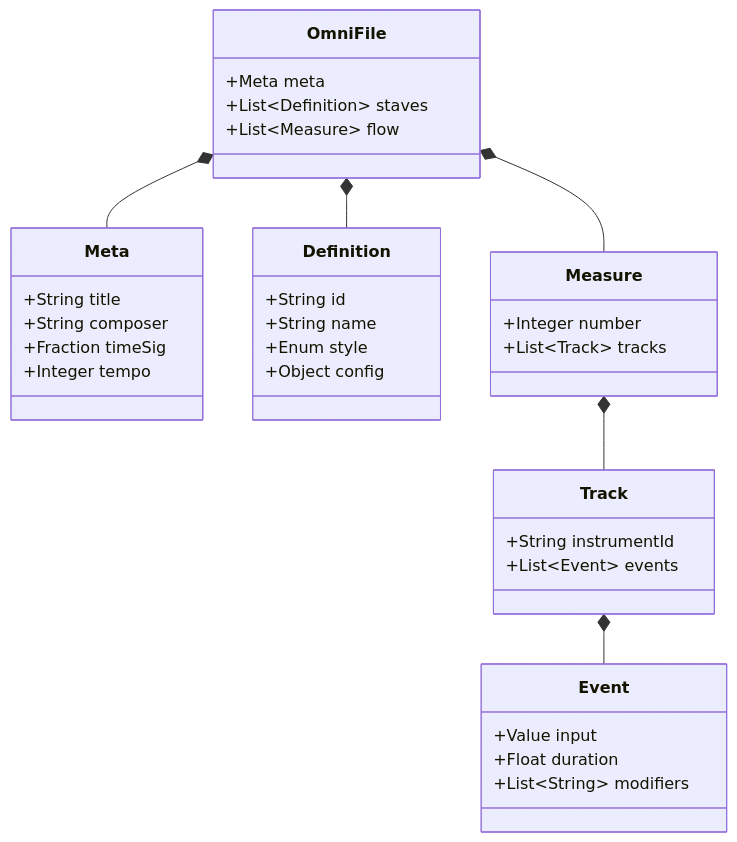
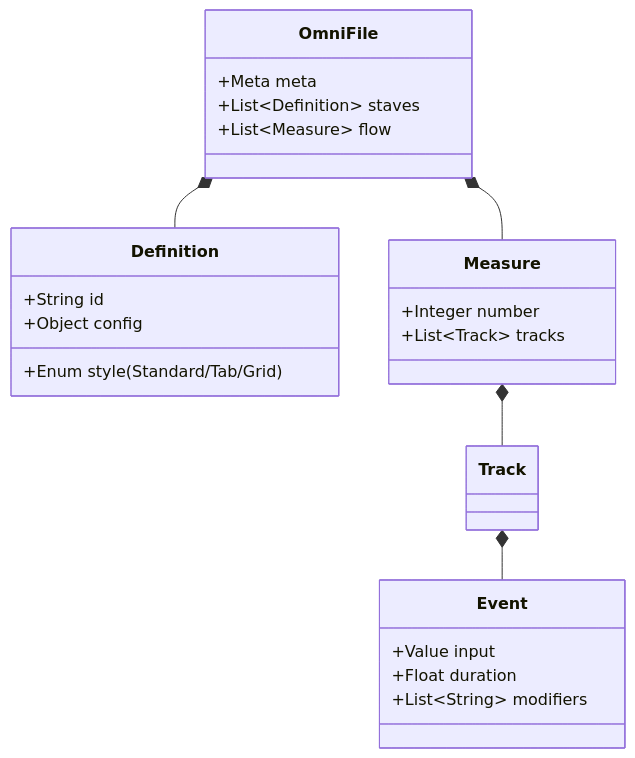
One commit to alec-borman/OmniScoreNotationLanguage changed the first of 4 diagrams in Readme.md. Above: the diagram before and after it, drawn with Mermaid. The commit also changed other lines of this file, not shown here.

````diff
--- a/Readme.md
+++ b/Readme.md
@@ -386,44 +22,30 @@
 ```mermaid
 classDiagram
     class OmniFile {
         +Meta meta
         +List~Definition~ staves
         +List~Measure~ flow
     }
 
-    class Meta {
-        +String title
-        +String composer
-        +Fraction timeSig
-        +Integer tempo
-    }
-
     class Definition {
         +String id
-        +String name
-        +Enum style
+        +Enum style (Standard/Tab/Grid)
         +Object config
     }
 
     class Measure {
         +Integer number
         +List~Track~ tracks
     }
 
-    class Track {
-        +String instrumentId
-        +List~Event~ events
-    }
-
     class Event {
         +Value input
         +Float duration
         +List~String~ modifiers
     }
 
-    OmniFile *-- Meta
     OmniFile *-- Definition
     OmniFile *-- Measure
     Measure *-- Track
     Track *-- Event
 ```
````
